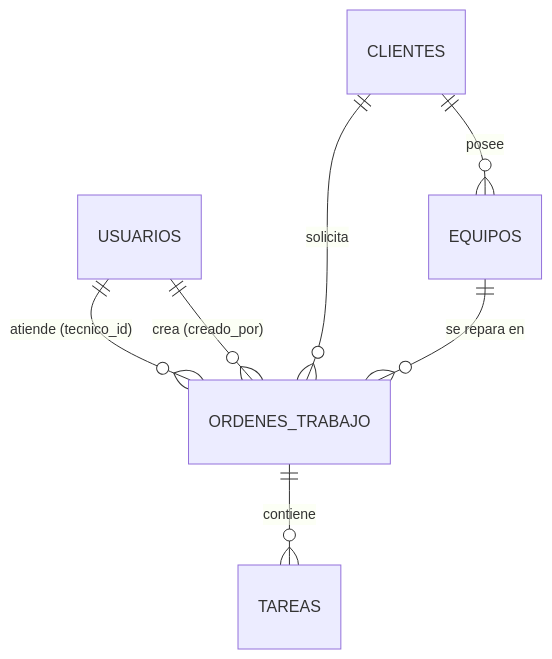
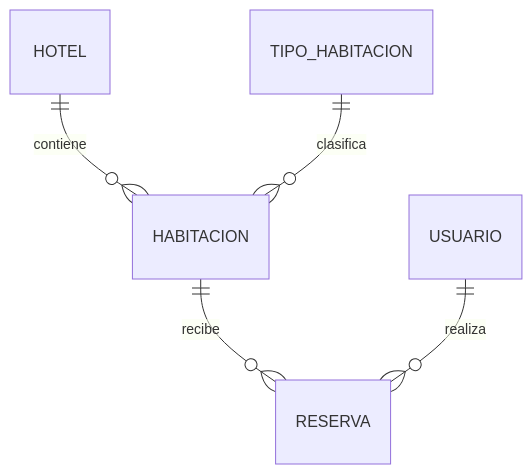
One commit to LFPINOSC/examenInterciclo changed the first of 2 diagrams in docs/DISENO.md. Above: the diagram before and after it, drawn with Mermaid. The commit also changed other lines of this file and 79 other files, not shown here.

````diff
--- a/docs/DISENO.md
+++ b/docs/DISENO.md
@@ -12,9 +22,7 @@
 ```mermaid
 erDiagram
-  USUARIOS  ||--o{ ORDENES_TRABAJO : "atiende (tecnico_id)"
-  USUARIOS  ||--o{ ORDENES_TRABAJO : "crea (creado_por)"
-  CLIENTES  ||--o{ EQUIPOS : posee
-  CLIENTES  ||--o{ ORDENES_TRABAJO : solicita
-  EQUIPOS   ||--o{ ORDENES_TRABAJO : "se repara en"
-  ORDENES_TRABAJO ||--o{ TAREAS : contiene
+ HOTEL ||--o{ HABITACION : contiene
+ TIPO_HABITACION ||--o{ HABITACION : clasifica
+ HABITACION ||--o{ RESERVA : recibe
+ USUARIO ||--o{ RESERVA : realiza
 ```
````
